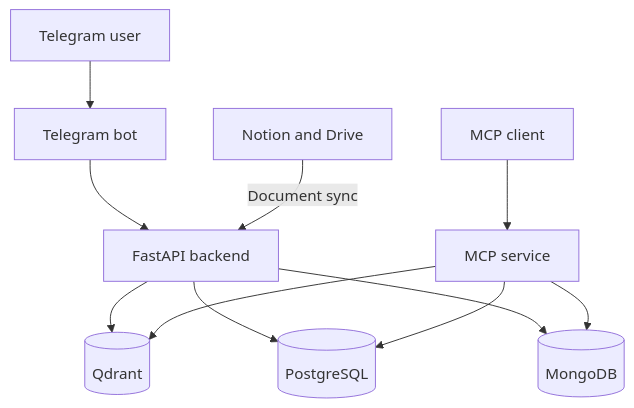
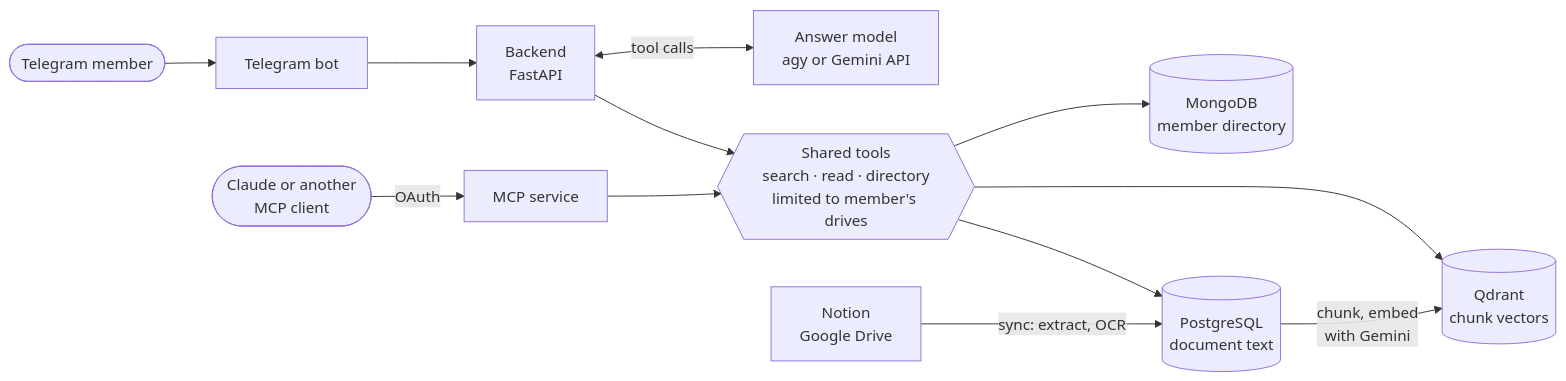
The diagram in README.md (spiowm/scribe-rag), drawn with Mermaid before and after one commit. The commit also changed other lines of this file and 3 other files, not shown here.

Commit message:
Document drive configuration and refresh the README

````diff
--- a/README.md
+++ b/README.md
@@ -28,14 +28,16 @@
 ```mermaid
-flowchart TD
-    T[Telegram user] --> B[Telegram bot]
-    B --> A[FastAPI backend]
-    D[Notion and Drive] -->|Document sync| A
-    C[MCP client] --> M[MCP service]
+flowchart LR
+    TG([Telegram member]) --> BOT[Telegram bot] --> API[Backend<br/>FastAPI]
+    API <-->|tool calls| LLM[Answer model<br/>agy or Gemini API]
+    MC([Claude or another<br/>MCP client]) -->|OAuth| MCP[MCP service]
 
-    A --> Q[(Qdrant)]
-    A --> P[(PostgreSQL)]
-    A --> U[(MongoDB)]
-    M --> Q
-    M --> P
-    M --> U
+    API --> T{{Shared tools<br/>search · read · directory<br/>limited to member's drives}}
+    MCP --> T
+
+    T --> MG[(MongoDB<br/>member directory)]
+    T --> PG[(PostgreSQL<br/>document text)]
+    T --> QD[(Qdrant<br/>chunk vectors)]
+
+    SRC[Notion<br/>Google Drive] -->|sync: extract, OCR| PG
+    PG -->|chunk, embed<br/>with Gemini| QD
 ```
````
